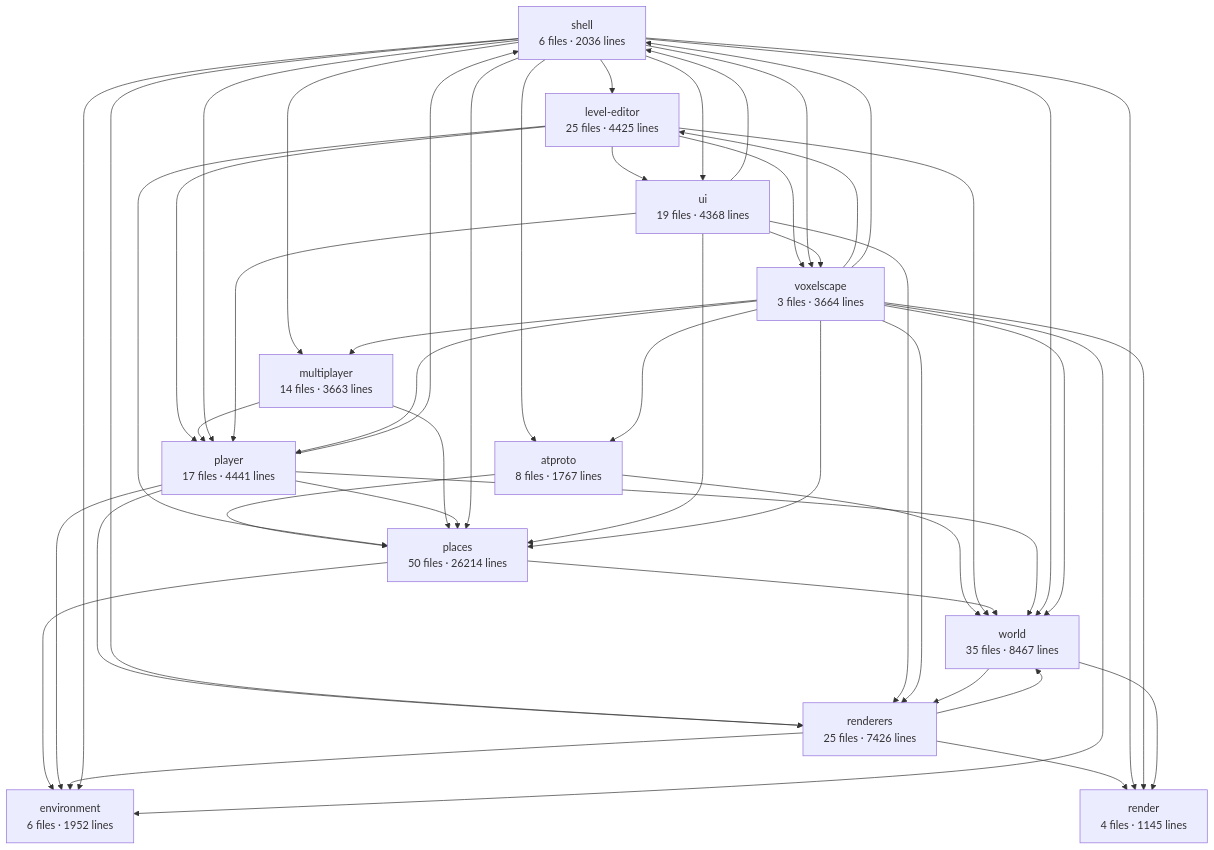
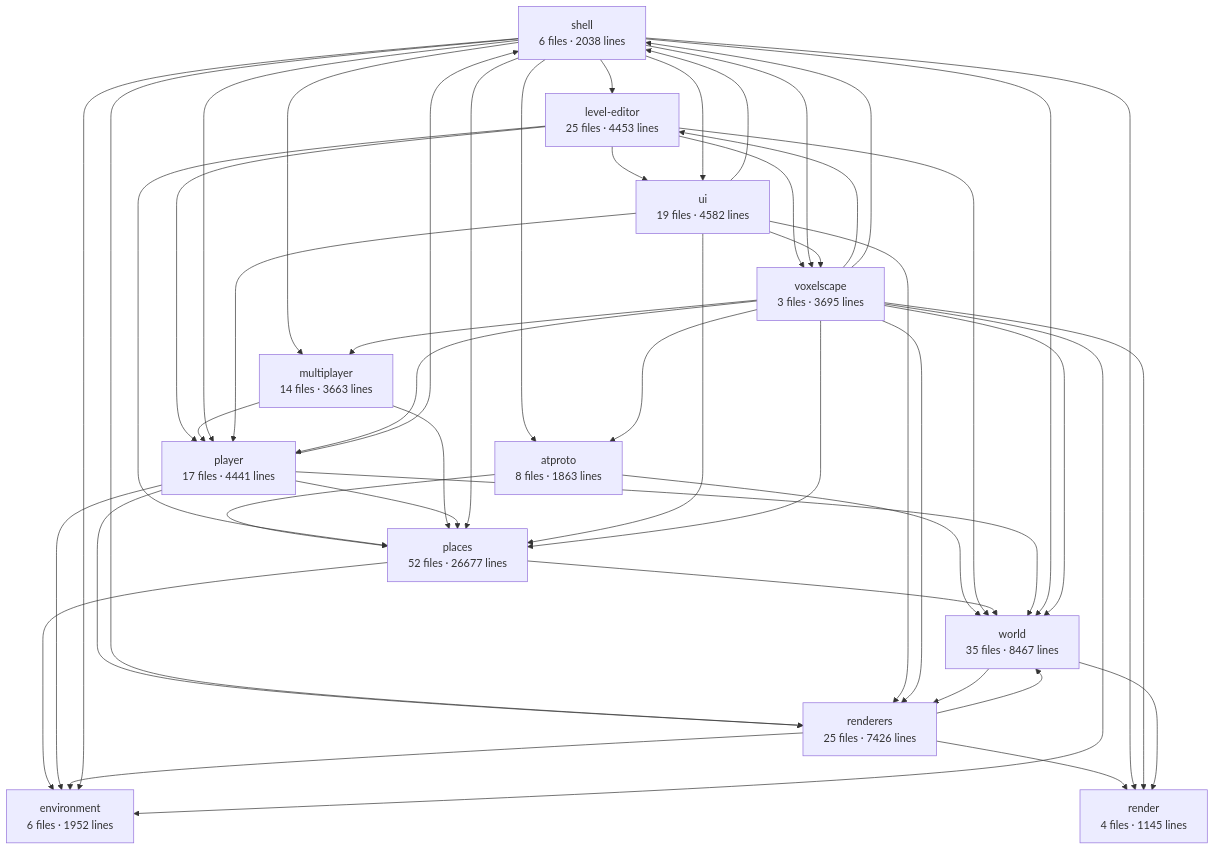
One commit to big-mesh-studios/big-mesh-studios changed the diagram in apps/voxelscape/docs/architecture.md. Above: the diagram before and after it, drawn with Mermaid. The commit also changed other lines of this file and 1 other file, not shown here.

````diff
--- a/apps/voxelscape/docs/architecture.md
+++ b/apps/voxelscape/docs/architecture.md
@@ -6,62 +6,62 @@
 ```mermaid
 graph TD
-  shell["shell<br/>6 files · 2036 lines"]
-  voxelscape["voxelscape<br/>3 files · 3664 lines"]
+  shell["shell<br/>6 files · 2038 lines"]
+  voxelscape["voxelscape<br/>3 files · 3695 lines"]
   world["world<br/>35 files · 8467 lines"]
   renderers["renderers<br/>25 files · 7426 lines"]
   render["render<br/>4 files · 1145 lines"]
   player["player<br/>17 files · 4441 lines"]
   multiplayer["multiplayer<br/>14 files · 3663 lines"]
-  places["places<br/>50 files · 26214 lines"]
+  places["places<br/>52 files · 26677 lines"]
   environment["environment<br/>6 files · 1952 lines"]
-  atproto["atproto<br/>8 files · 1767 lines"]
-  ui["ui<br/>19 files · 4368 lines"]
-  level-editor["level-editor<br/>25 files · 4425 lines"]
+  atproto["atproto<br/>8 files · 1863 lines"]
+  ui["ui<br/>19 files · 4582 lines"]
+  level-editor["level-editor<br/>25 files · 4453 lines"]
   atproto --> places
   atproto --> world
   level-editor --> places
   level-editor --> player
   level-editor --> ui
   level-editor --> voxelscape
   level-editor --> world
   multiplayer --> places
   multiplayer --> player
   places --> environment
   places --> world
   player --> environment
   player --> places
   player --> renderers
   player --> shell
   player --> world
   renderers --> environment
   renderers --> render
   renderers --> world
   shell --> atproto
   shell --> environment
   shell --> level-editor
   shell --> multiplayer
   shell --> places
   shell --> player
   shell --> render
   shell --> renderers
   shell --> ui
   shell --> voxelscape
   shell --> world
   ui --> places
   ui --> player
   ui --> renderers
   ui --> shell
   ui --> voxelscape
   voxelscape --> atproto
   voxelscape --> environment
   voxelscape --> level-editor
   voxelscape --> multiplayer
   voxelscape --> places
   voxelscape --> player
   voxelscape --> render
   voxelscape --> renderers
   voxelscape --> shell
   voxelscape --> world
   world --> render
   world --> renderers
 ```
````
